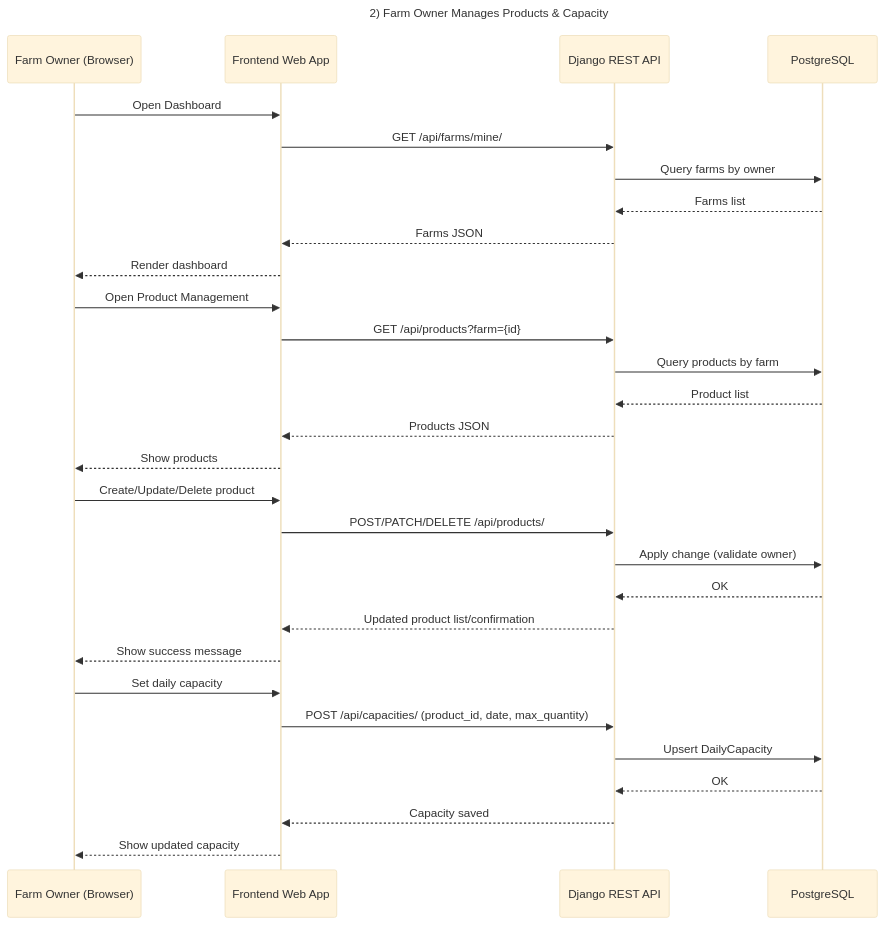
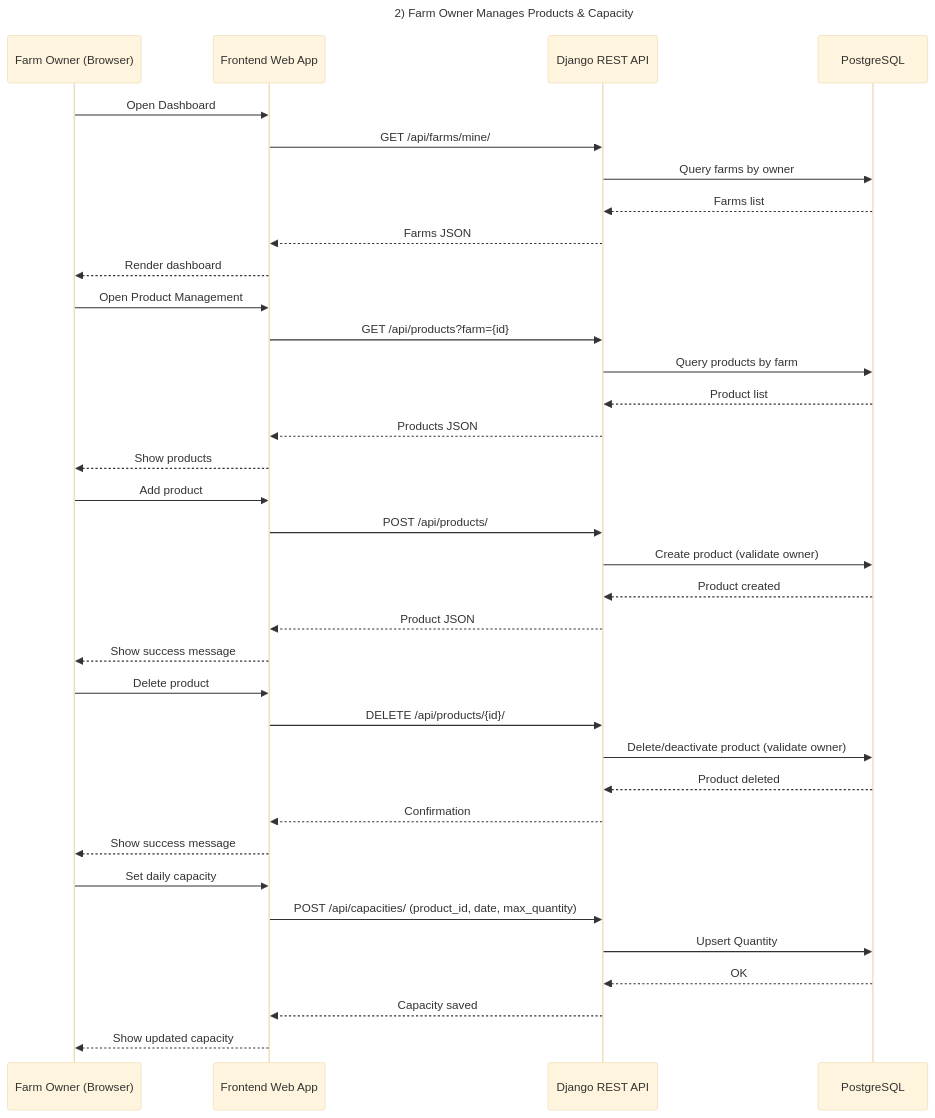
The diagram in stage 3/sequence-farm-owner.mmd (pro123123-1-1/Portfolio), drawn with Mermaid (base theme) before and after one commit. The commit also changed 2 other files, not shown here.

Commit message:
Update Stage3: Separate product add/edit/delete user stories, rename DailyCapacity to Quantity, expand Moyasar API docs, and update sequence diagrams

```diff
--- a/stage 3/sequence-farm-owner.mmd
+++ b/stage 3/sequence-farm-owner.mmd
@@ -1,34 +1,41 @@
 sequenceDiagram
     title 2) Farm Owner Manages Products & Capacity
     participant FO as Farm Owner (Browser)
     participant FE as Frontend Web App
     participant API as Django REST API
     participant DB as PostgreSQL
 
     FO->>FE: Open Dashboard
     FE->>API: GET /api/farms/mine/
     API->>DB: Query farms by owner
     DB-->>API: Farms list
     API-->>FE: Farms JSON
     FE-->>FO: Render dashboard
 
     FO->>FE: Open Product Management
     FE->>API: GET /api/products?farm={id}
     API->>DB: Query products by farm
     DB-->>API: Product list
     API-->>FE: Products JSON
     FE-->>FO: Show products
 
-    FO->>FE: Create/Update/Delete product
-    FE->>API: POST/PATCH/DELETE /api/products/
-    API->>DB: Apply change (validate owner)
-    DB-->>API: OK
-    API-->>FE: Updated product list/confirmation
+    FO->>FE: Add product
+    FE->>API: POST /api/products/
+    API->>DB: Create product (validate owner)
+    DB-->>API: Product created
+    API-->>FE: Product JSON
+    FE-->>FO: Show success message
+
+    FO->>FE: Delete product
+    FE->>API: DELETE /api/products/{id}/
+    API->>DB: Delete/deactivate product (validate owner)
+    DB-->>API: Product deleted
+    API-->>FE: Confirmation
     FE-->>FO: Show success message
 
     FO->>FE: Set daily capacity
     FE->>API: POST /api/capacities/ (product_id, date, max_quantity)
-    API->>DB: Upsert DailyCapacity
+    API->>DB: Upsert Quantity
     DB-->>API: OK
     API-->>FE: Capacity saved
     FE-->>FO: Show updated capacity
```
